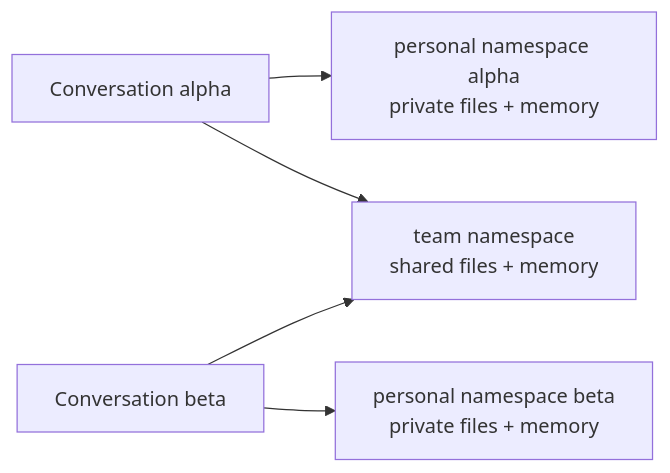
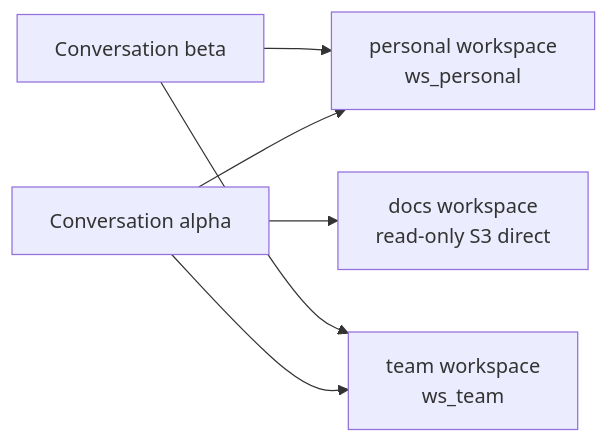
One commit to beeblastco/broods changed the third of 3 diagrams in docs/workspace/memory-and-session.md. Above: the diagram before and after it, drawn with Mermaid. The commit also changed other lines of this file and 84 other files, not shown here.

````diff
--- a/docs/workspace/memory-and-session.md
+++ b/docs/workspace/memory-and-session.md
@@ -92,7 +79,8 @@
 ```mermaid
 flowchart LR
-  C1["Conversation alpha"] --> P1["personal namespace alpha<br/>private files + memory"]
-  C2["Conversation beta"] --> P2["personal namespace beta<br/>private files + memory"]
-  C1 --> Team["team namespace<br/>shared files + memory"]
+  C1["Conversation alpha"] --> Personal["personal workspace<br/>ws_personal"]
+  C2["Conversation beta"] --> Personal
+  C1 --> Team["team workspace<br/>ws_team"]
   C2 --> Team
+  C1 --> Docs["docs workspace<br/>read-only S3 direct"]
 ```
````
